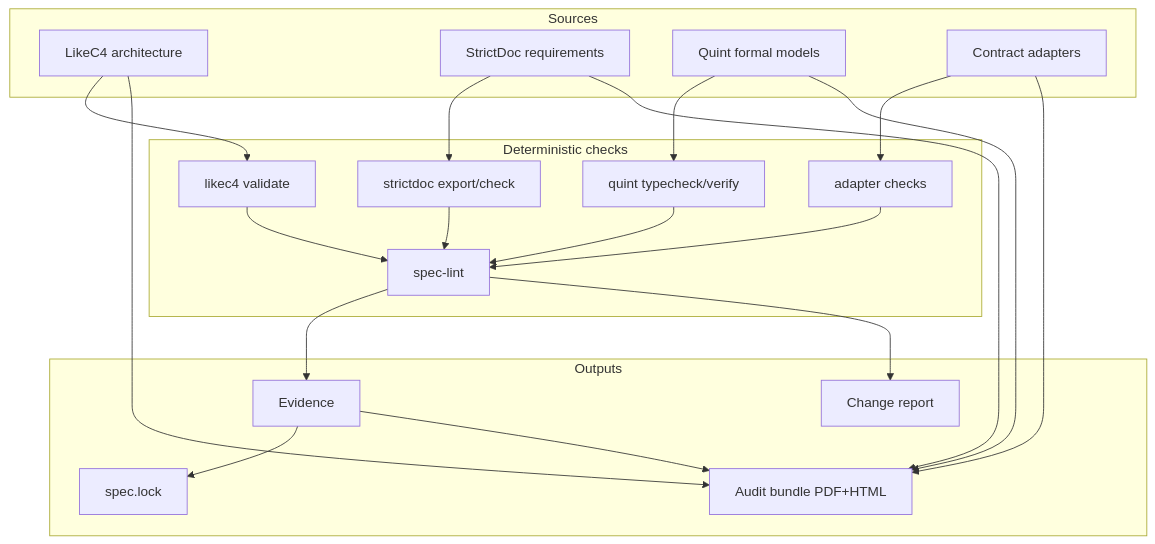
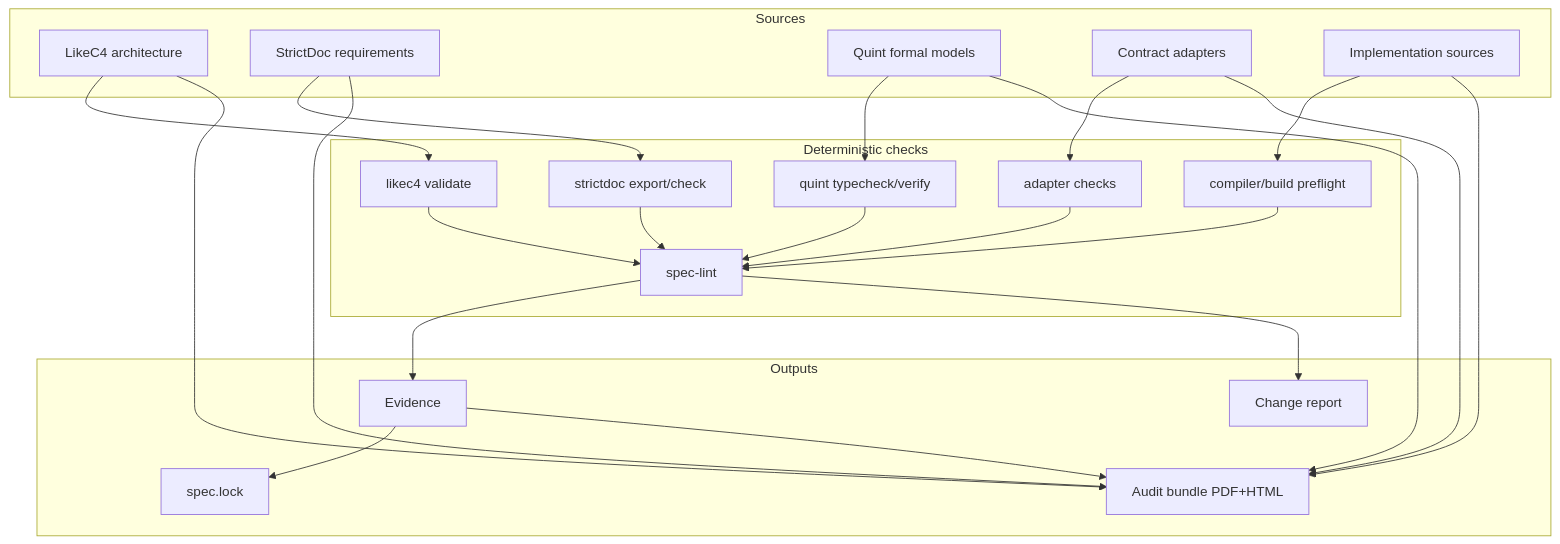
One commit to joaosimsic/spec-framework changed the first of 2 diagrams in docs/architecture/overview.md. Above: the diagram before and after it, drawn with Mermaid. The commit also changed other lines of this file and 9 other files, not shown here.

````diff
--- a/docs/architecture/overview.md
+++ b/docs/architecture/overview.md
@@ -5,38 +5,43 @@
 ```mermaid
 flowchart TB
     subgraph Sources
         A[LikeC4 architecture]
         B[StrictDoc requirements]
         C[Quint formal models]
         D[Contract adapters]
+        I[Implementation sources]
     end
     subgraph Deterministic checks
         L[spec-lint]
         V[likec4 validate]
         S[strictdoc export/check]
         Q[quint typecheck/verify]
         P[adapter checks]
+        X[compiler/build preflight]
     end
     subgraph Outputs
         E[Evidence]
         K[spec.lock]
         U[Audit bundle PDF+HTML]
         R[Change report]
     end
     A --> V
     B --> S
     C --> Q
     D --> P
+    I --> X
     V --> L
     S --> L
     Q --> L
     P --> L
+    X --> L
     L --> E
     E --> K
     E --> U
     A --> U
     B --> U
     C --> U
     D --> U
+    I --> U
     L --> R
 ```
````
